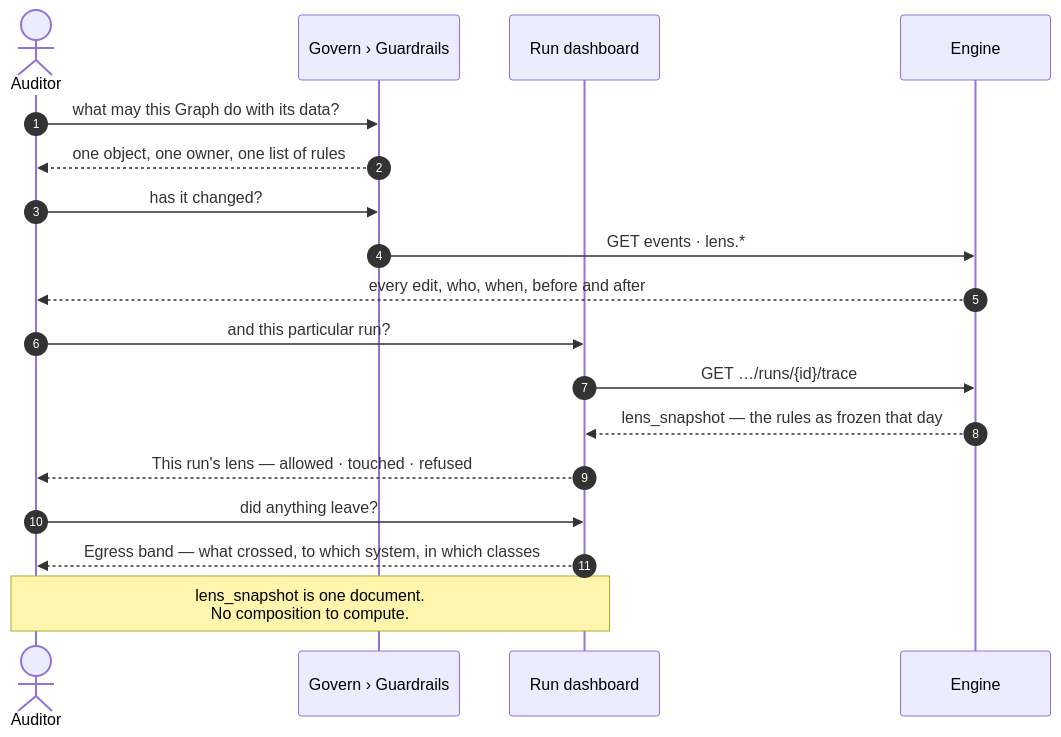
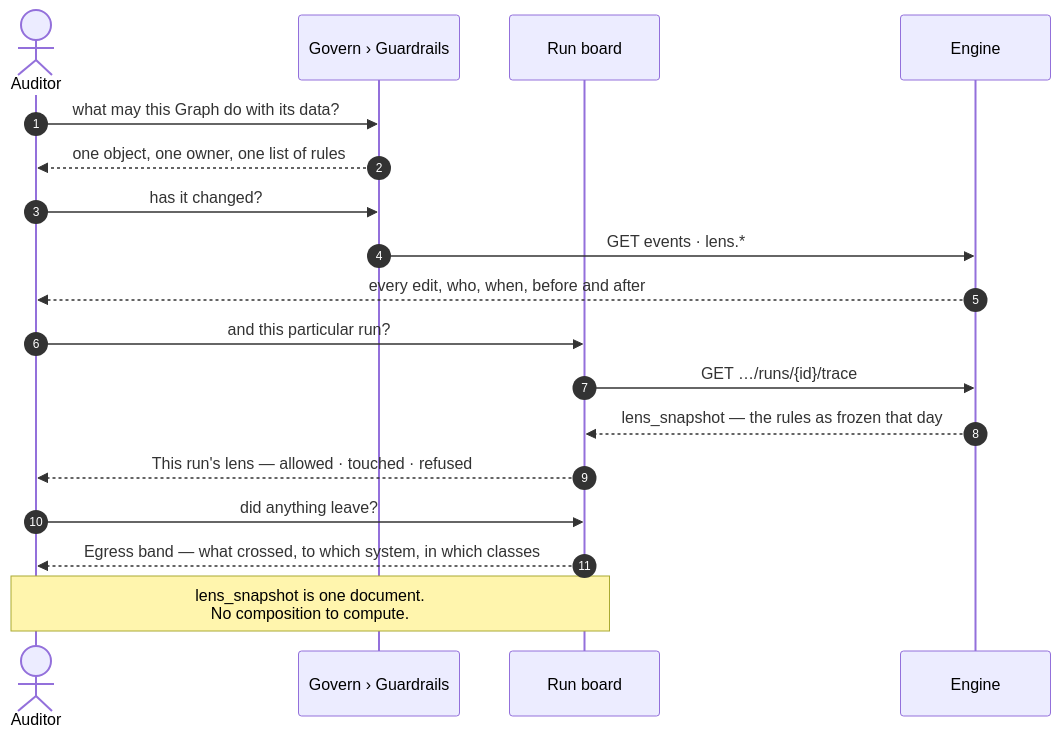
Before and after one commit to invana/invana: the third of 3 diagrams in docs/for-developers/modules/govern/features/guardrails.md, drawn with Mermaid. The commit also changed other lines of this file and 130 other files, not shown here.

First line of the commit message:
refactor: there is no dashboard — every surface is a board

````diff
--- a/docs/for-developers/modules/govern/features/guardrails.md
+++ b/docs/for-developers/modules/govern/features/guardrails.md
@@ -110,21 +110,21 @@
 ```mermaid
 sequenceDiagram
     autonumber
     actor Au as Auditor
     participant S as Govern › Guardrails
-    participant R as Run dashboard
+    participant R as Run board
     participant E as Engine
 
     Au->>S: what may this Graph do with its data?
     S-->>Au: one object, one owner, one list of rules
     Au->>S: has it changed?
     S->>E: GET events · lens.*
     E-->>Au: every edit, who, when, before and after
     Au->>R: and this particular run?
     R->>E: GET …/runs/{id}/trace
     E-->>R: lens_snapshot — the rules as frozen that day
     R-->>Au: This run's lens — allowed · touched · refused
     Au->>R: did anything leave?
     R-->>Au: Egress band — what crossed, to which system, in which classes
     Note over Au,R: lens_snapshot is one document.<br/>No composition to compute.
 ```
````
